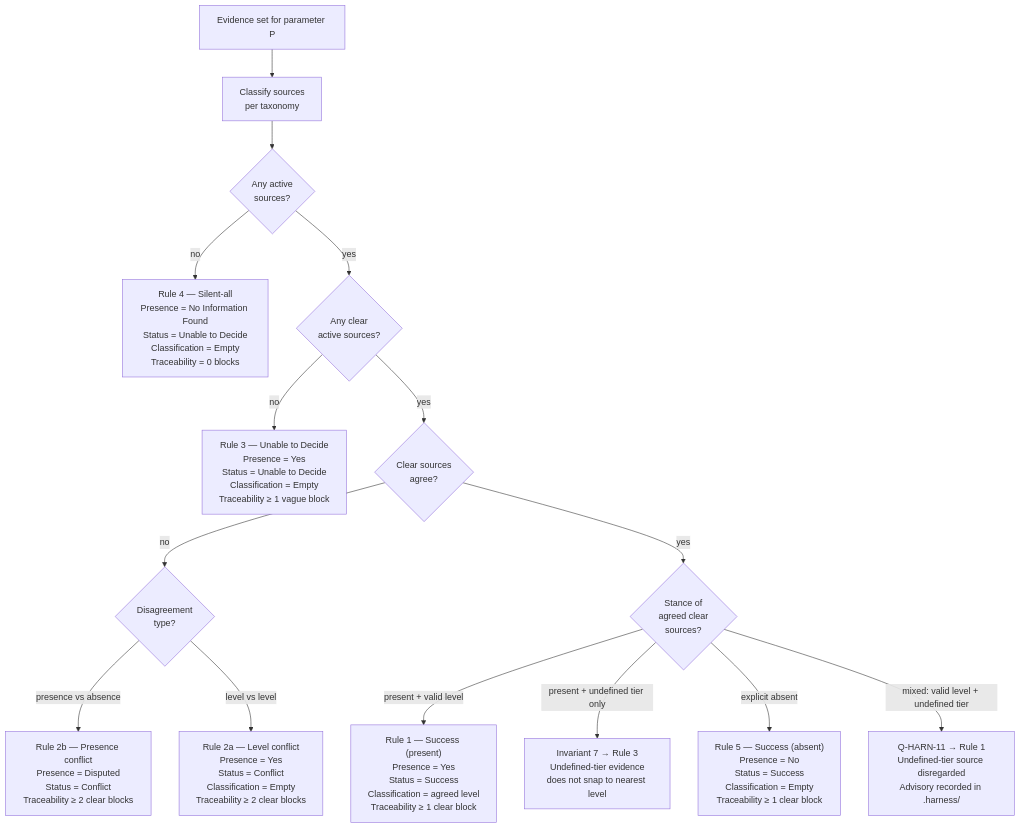
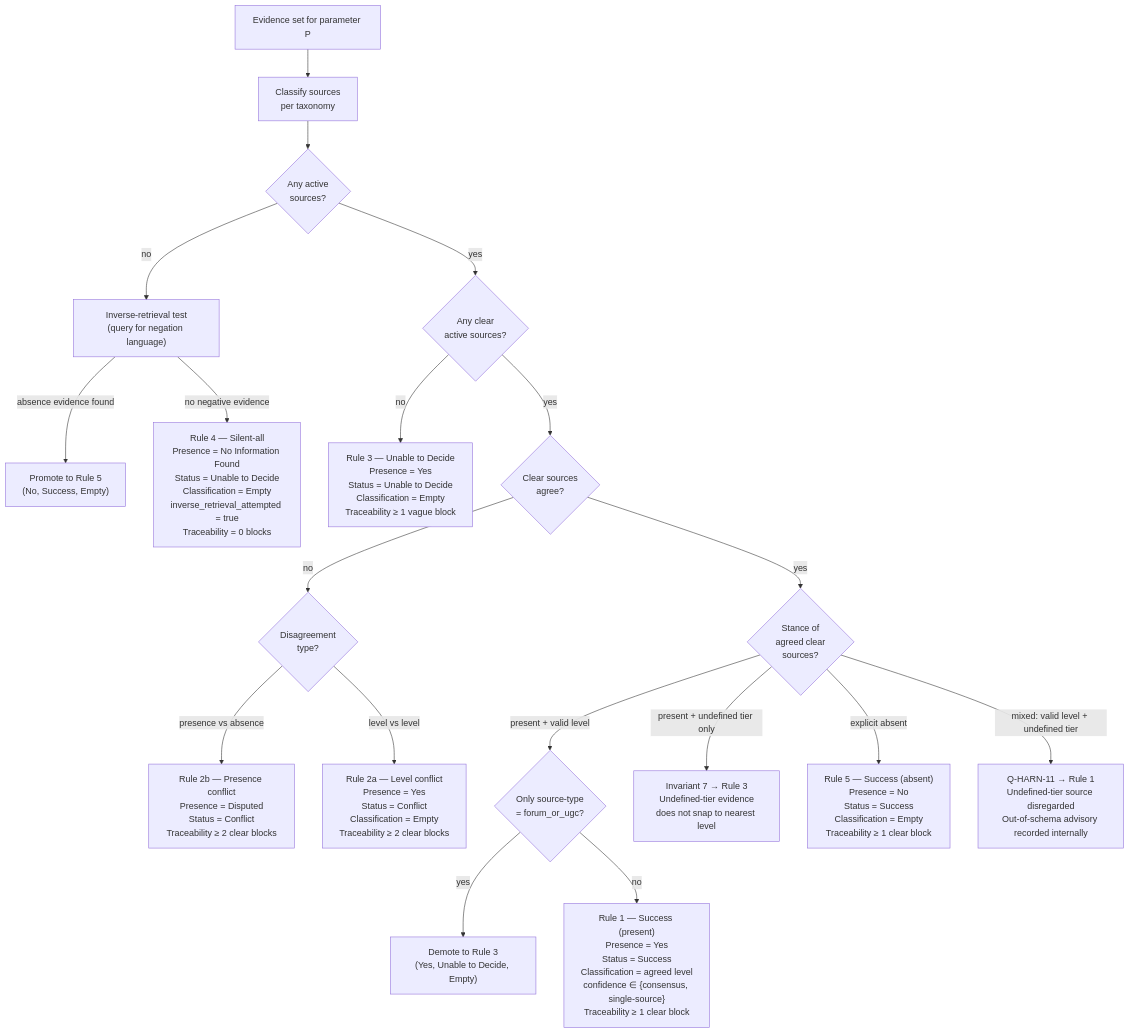
One commit to hazemHany09/stellantis_workflow changed the third of 6 diagrams in business-logic/12-workflow-diagram.md. Above: the diagram before and after it, drawn with Mermaid. The commit also changed other lines of this file and 22 other files, not shown here.

````diff
--- a/business-logic/12-workflow-diagram.md
+++ b/business-logic/12-workflow-diagram.md
@@ -113,17 +113,21 @@
 ```mermaid
 flowchart TD
     P["Evidence set for parameter P"] --> TAX["Classify sources<br/>per taxonomy"]
     TAX --> ACT{"Any active<br/>sources?"}
-    ACT -- no --> R4["Rule 4 — Silent-all<br/>Presence = No Information Found<br/>Status = Unable to Decide<br/>Classification = Empty<br/>Traceability = 0 blocks"]
+    ACT -- no --> INV["Inverse-retrieval test<br/>(query for negation language)"]
+    INV -- absence evidence found --> R5P["Promote to Rule 5<br/>(No, Success, Empty)"]
+    INV -- no negative evidence --> R4["Rule 4 — Silent-all<br/>Presence = No Information Found<br/>Status = Unable to Decide<br/>Classification = Empty<br/>inverse_retrieval_attempted = true<br/>Traceability = 0 blocks"]
     ACT -- yes --> CLR{"Any clear<br/>active sources?"}
     CLR -- no --> R3["Rule 3 — Unable to Decide<br/>Presence = Yes<br/>Status = Unable to Decide<br/>Classification = Empty<br/>Traceability ≥ 1 vague block"]
     CLR -- yes --> AGR{"Clear sources<br/>agree?"}
     AGR -- no --> CONF{"Disagreement<br/>type?"}
     CONF -- presence vs absence --> R2B["Rule 2b — Presence conflict<br/>Presence = Disputed<br/>Status = Conflict<br/>Traceability ≥ 2 clear blocks"]
     CONF -- level vs level --> R2A["Rule 2a — Level conflict<br/>Presence = Yes<br/>Status = Conflict<br/>Classification = Empty<br/>Traceability ≥ 2 clear blocks"]
     AGR -- yes --> STANCE{"Stance of<br/>agreed clear<br/>sources?"}
-    STANCE -- present + valid level --> R1["Rule 1 — Success (present)<br/>Presence = Yes<br/>Status = Success<br/>Classification = agreed level<br/>Traceability ≥ 1 clear block"]
+    STANCE -- present + valid level --> UGCCHK{"Only source-type<br/>= forum_or_ugc?"}
+    UGCCHK -- yes --> R3DEM["Demote to Rule 3<br/>(Yes, Unable to Decide, Empty)"]
+    UGCCHK -- no --> R1["Rule 1 — Success (present)<br/>Presence = Yes<br/>Status = Success<br/>Classification = agreed level<br/>confidence ∈ {consensus, single-source}<br/>Traceability ≥ 1 clear block"]
     STANCE -- present + undefined tier only --> R3B["Invariant 7 → Rule 3<br/>Undefined-tier evidence<br/>does not snap to nearest level"]
     STANCE -- explicit absent --> R5["Rule 5 — Success (absent)<br/>Presence = No<br/>Status = Success<br/>Classification = Empty<br/>Traceability ≥ 1 clear block"]
-    STANCE -- mixed: valid level + undefined tier --> R1X["Q-HARN-11 → Rule 1<br/>Undefined-tier source disregarded<br/>Advisory recorded in .harness/"]
+    STANCE -- mixed: valid level + undefined tier --> R1X["Q-HARN-11 → Rule 1<br/>Undefined-tier source disregarded<br/>Out-of-schema advisory recorded internally"]
 ```
````
